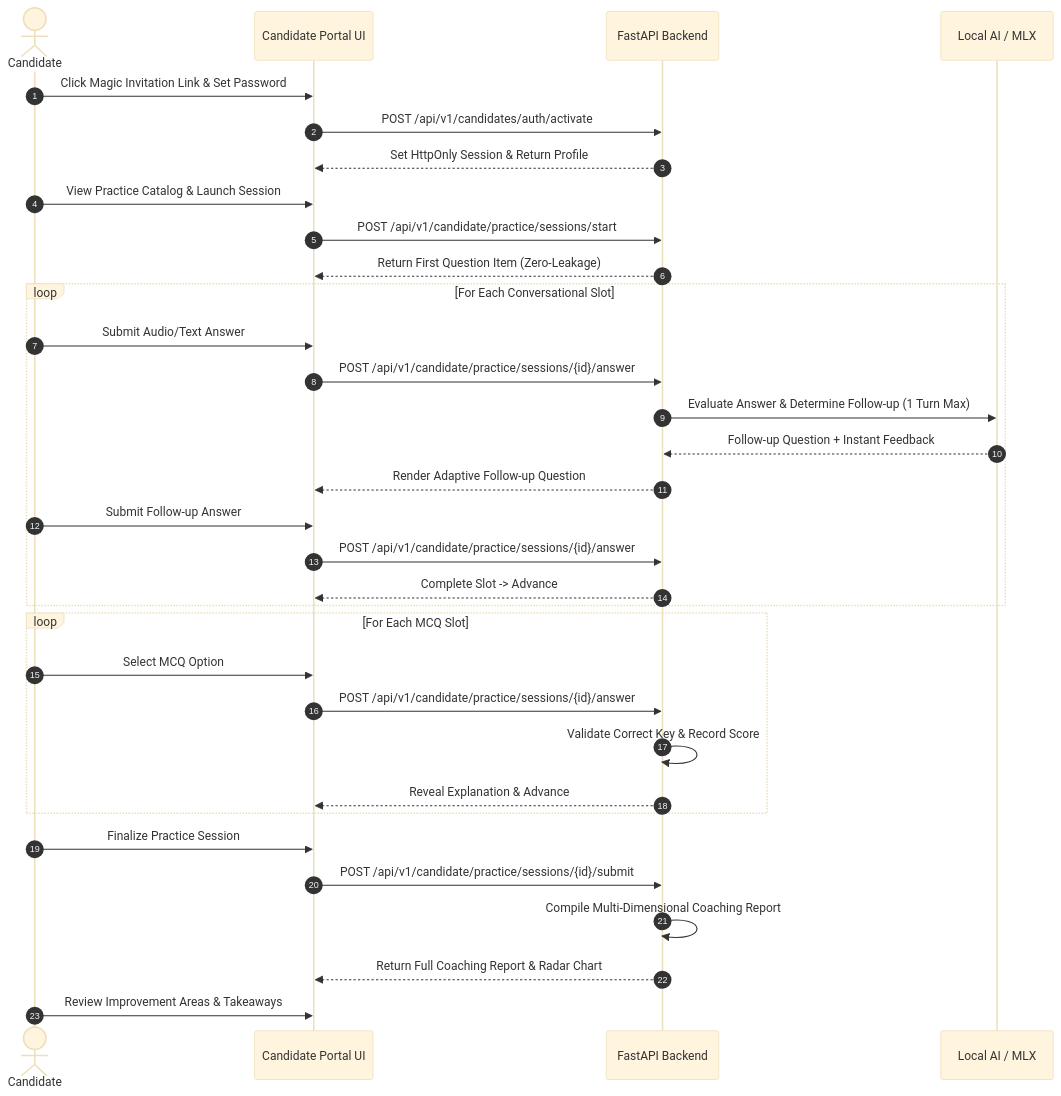
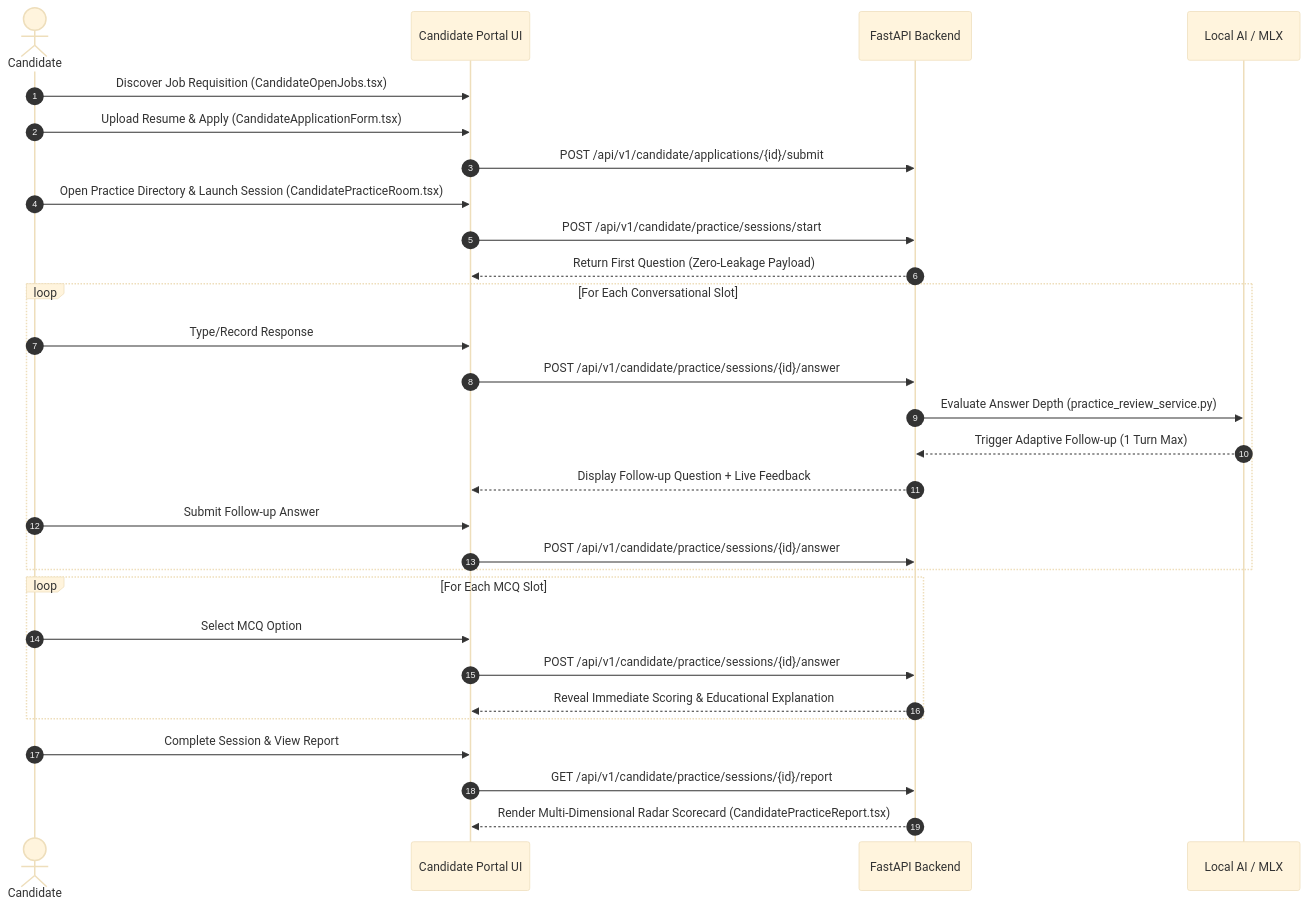
The second of 2 diagrams in docs/FRONTEND_UI_AND_USER_JOURNEYS.md (Heril2912/AI-Hiring), drawn with Mermaid (base theme) before and after one commit. The commit also changed other lines of this file and 17 other files, not shown here.

````diff
--- a/docs/FRONTEND_UI_AND_USER_JOURNEYS.md
+++ b/docs/FRONTEND_UI_AND_USER_JOURNEYS.md
@@ -129,36 +197,32 @@
 ```mermaid
 sequenceDiagram
     autonumber
     actor C as Candidate
     participant UI as Candidate Portal UI
     participant API as FastAPI Backend
     participant LLM as Local AI / MLX
 
-    C->>UI: Click Magic Invitation Link & Set Password
-    UI->>API: POST /api/v1/candidates/auth/activate
-    API-->>UI: Set HttpOnly Session & Return Profile
-    C->>UI: View Practice Catalog & Launch Session
+    C->>UI: Discover Job Requisition (CandidateOpenJobs.tsx)
+    C->>UI: Upload Resume & Apply (CandidateApplicationForm.tsx)
+    UI->>API: POST /api/v1/candidate/applications/{id}/submit
+    C->>UI: Open Practice Directory & Launch Session (CandidatePracticeRoom.tsx)
     UI->>API: POST /api/v1/candidate/practice/sessions/start
-    API-->>UI: Return First Question Item (Zero-Leakage)
+    API-->>UI: Return First Question (Zero-Leakage Payload)
     loop For Each Conversational Slot
-        C->>UI: Submit Audio/Text Answer
+        C->>UI: Type/Record Response
         UI->>API: POST /api/v1/candidate/practice/sessions/{id}/answer
-        API->>LLM: Evaluate Answer & Determine Follow-up (1 Turn Max)
-        LLM-->>API: Follow-up Question + Instant Feedback
-        API-->>UI: Render Adaptive Follow-up Question
+        API->>LLM: Evaluate Answer Depth (practice_review_service.py)
+        LLM-->>API: Trigger Adaptive Follow-up (1 Turn Max)
+        API-->>UI: Display Follow-up Question + Live Feedback
         C->>UI: Submit Follow-up Answer
         UI->>API: POST /api/v1/candidate/practice/sessions/{id}/answer
-        API-->>UI: Complete Slot -> Advance
     end
     loop For Each MCQ Slot
         C->>UI: Select MCQ Option
         UI->>API: POST /api/v1/candidate/practice/sessions/{id}/answer
-        API->>API: Validate Correct Key & Record Score
-        API-->>UI: Reveal Explanation & Advance
+        API-->>UI: Reveal Immediate Scoring & Educational Explanation
     end
-    C->>UI: Finalize Practice Session
-    UI->>API: POST /api/v1/candidate/practice/sessions/{id}/submit
-    API->>API: Compile Multi-Dimensional Coaching Report
-    API-->>UI: Return Full Coaching Report & Radar Chart
-    C->>UI: Review Improvement Areas & Takeaways
+    C->>UI: Complete Session & View Report
+    UI->>API: GET /api/v1/candidate/practice/sessions/{id}/report
+    API-->>UI: Render Multi-Dimensional Radar Scorecard (CandidatePracticeReport.tsx)
 ```
````
